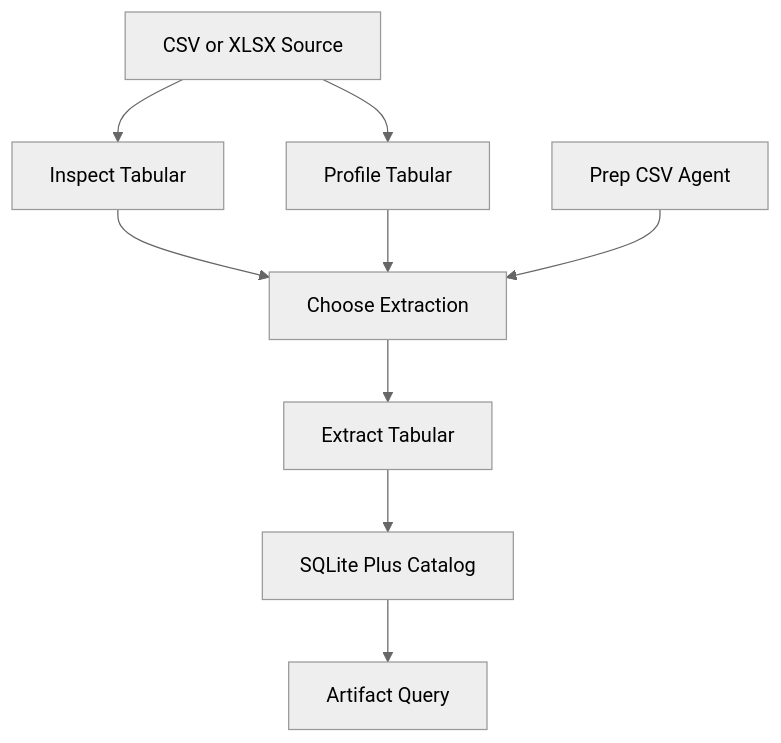
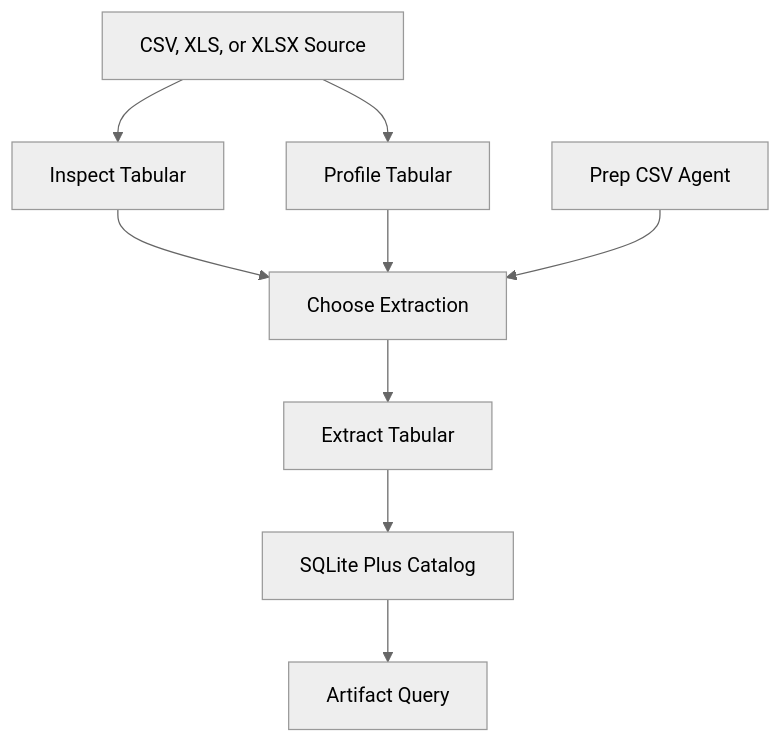
One commit to teron131/tabuflow changed the third of 6 diagrams in README.md. Above: the diagram before and after it, drawn with Mermaid (neutral theme). The commit also changed other lines of this file and 4 other files, not shown here.

````diff
--- a/README.md
+++ b/README.md
@@ -81,11 +81,11 @@
 ```mermaid
 flowchart TB
-    Source[CSV or XLSX Source] --> Inspect[Inspect Tabular]
+    Source[CSV, XLS, or XLSX Source] --> Inspect[Inspect Tabular]
     Source --> Profile[Profile Tabular]
     Inspect --> Choose[Choose Extraction]
     Profile --> Choose
     PrepAgent[Prep CSV Agent] --> Choose
     Choose --> Extract[Extract Tabular]
     Extract --> Store[SQLite Plus Catalog]
     Store --> Query[Artifact Query]
 ```
````
